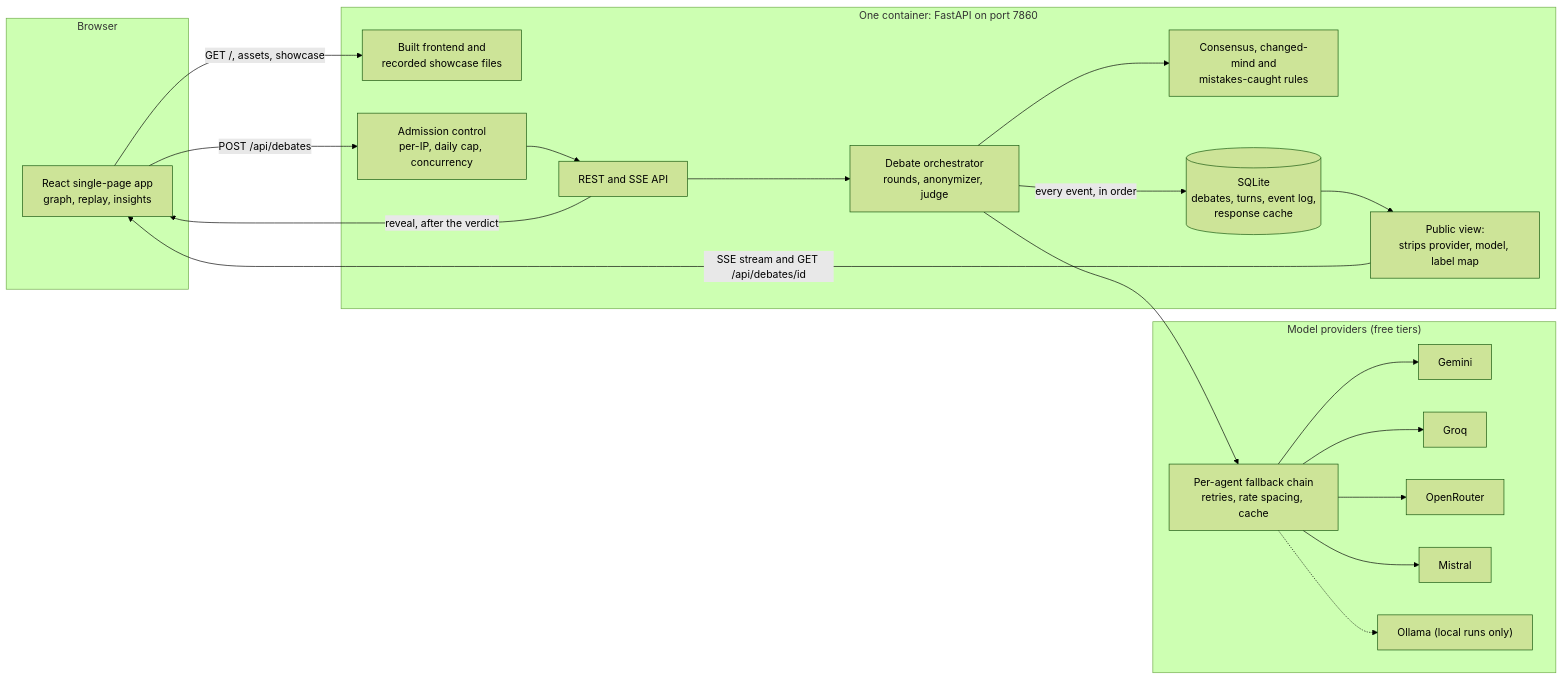
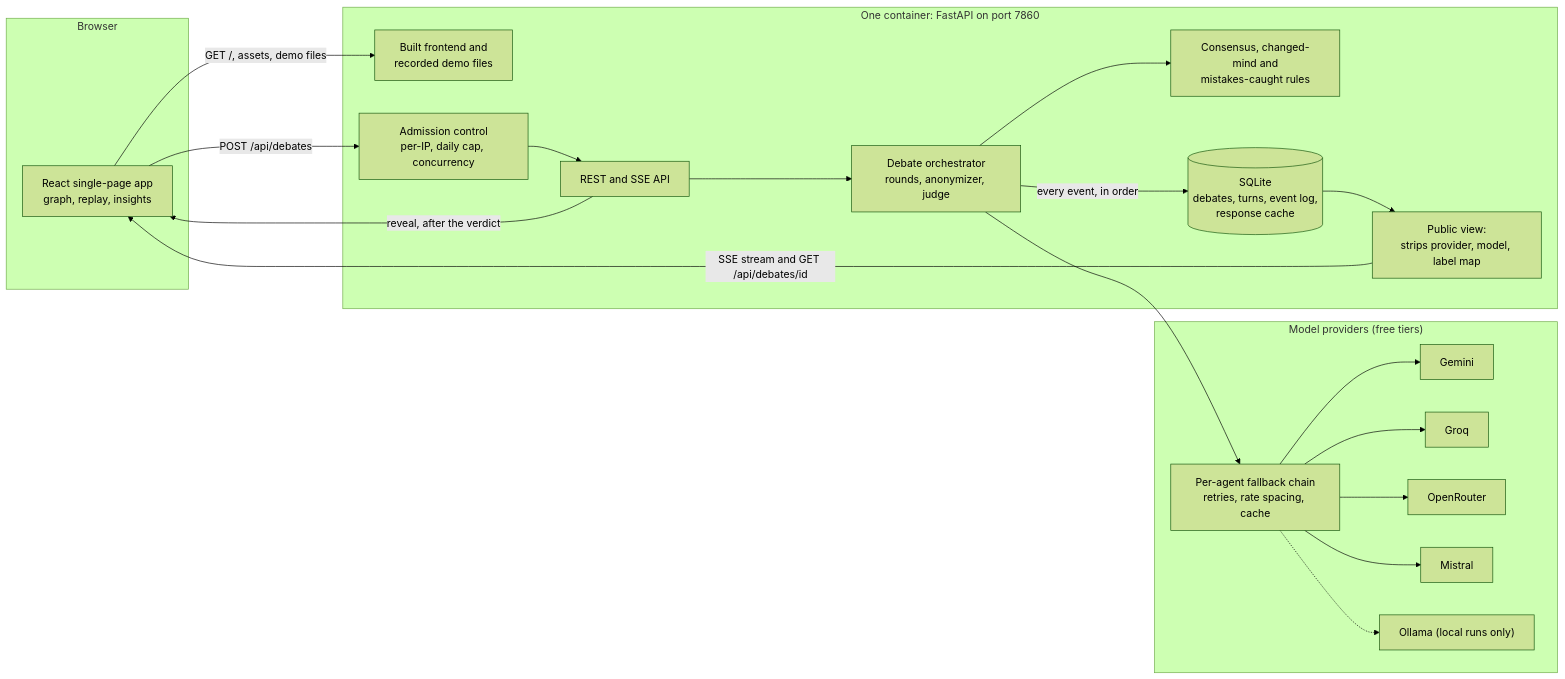
One commit to sahithi-kanjarla/AgentDebate_System changed the diagram in README.md. Above: the diagram before and after it, drawn with Mermaid (forest theme). The commit also changed other lines of this file and 74 other files, not shown here.

````diff
--- a/README.md
+++ b/README.md
@@ -40,41 +40,41 @@
 ```mermaid
 flowchart LR
     subgraph Browser
         UI["React single-page app<br/>graph, replay, insights"]
     end
 
     subgraph Container["One container: FastAPI on port 7860"]
-        STATIC["Built frontend and<br/>recorded showcase files"]
+        STATIC["Built frontend and<br/>recorded demo files"]
         API["REST and SSE API"]
         ADM["Admission control<br/>per-IP, daily cap, concurrency"]
         ORCH["Debate orchestrator<br/>rounds, anonymizer, judge"]
         RULES["Consensus, changed-mind and<br/>mistakes-caught rules"]
         PUB["Public view:<br/>strips provider, model, label map"]
         DB[("SQLite<br/>debates, turns, event log,<br/>response cache")]
     end
 
     subgraph Providers["Model providers (free tiers)"]
         CHAIN["Per-agent fallback chain<br/>retries, rate spacing, cache"]
         GEM["Gemini"]
         GRQ["Groq"]
         OR["OpenRouter"]
         MIS["Mistral"]
         OLL["Ollama (local runs only)"]
     end
 
-    UI -->|"GET /, assets, showcase"| STATIC
+    UI -->|"GET /, assets, demo files"| STATIC
     UI -->|"POST /api/debates"| ADM
     ADM --> API
     API --> ORCH
     ORCH --> RULES
     ORCH --> CHAIN
     CHAIN --> GEM
     CHAIN --> GRQ
     CHAIN --> OR
     CHAIN --> MIS
     CHAIN -.-> OLL
     ORCH -->|"every event, in order"| DB
     DB --> PUB
     PUB -->|"SSE stream and GET /api/debates/id"| UI
     API -->|"reveal, after the verdict"| UI
 ```
````
